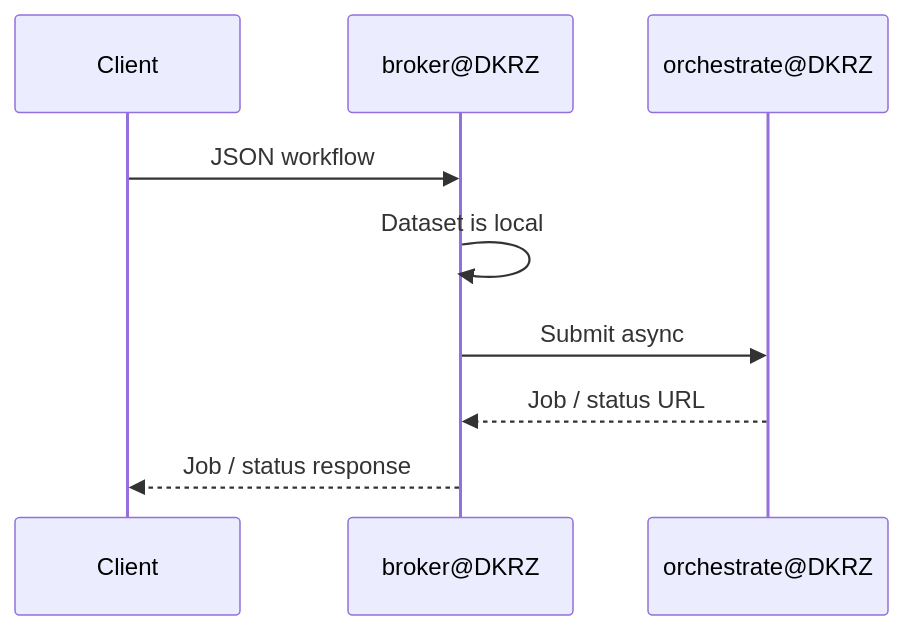
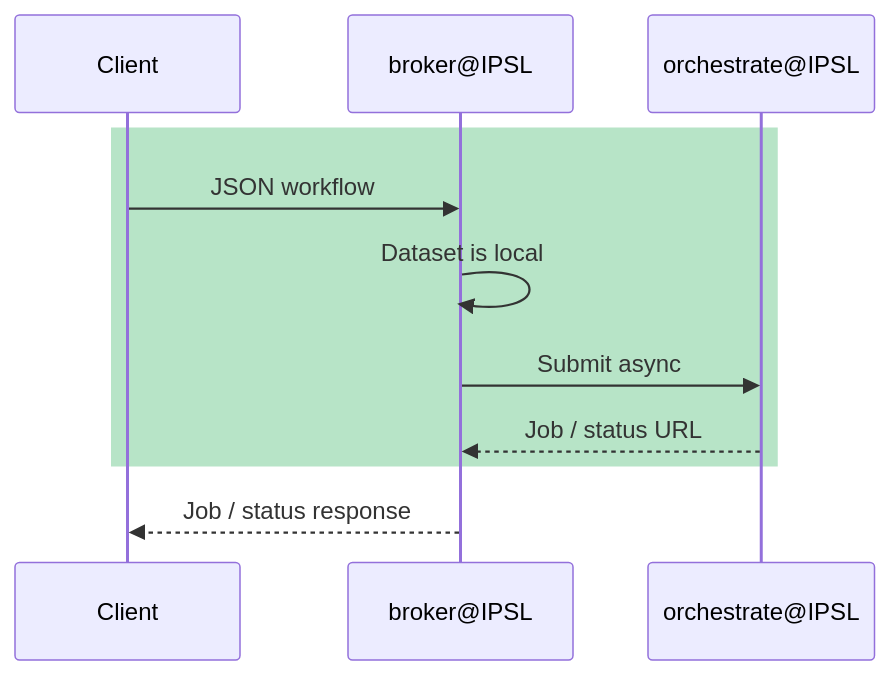
Diagram 14 of 20 in ARCH_ESGF2.md (roocs/rook), drawn with Mermaid before and after one commit. The commit also changed other lines of this file, not shown here.

````diff
--- a/ARCH_ESGF2.md
+++ b/ARCH_ESGF2.md
@@ -465,12 +510,15 @@
 ```mermaid
 sequenceDiagram
     participant C as Client
-    participant B as broker@DKRZ
-    participant O as orchestrate@DKRZ
+    participant B as broker@IPSL
+    participant O as orchestrate@IPSL
 
-    C->>B: JSON workflow
-    B->>B: Dataset is local
-    B->>O: Submit async
-    O-->>B: Job / status URL
+    rect rgb(183, 228, 199)
+        C->>B: JSON workflow
+        B->>B: Dataset is local
+        B->>O: Submit async
+        O-->>B: Job / status URL
+    end
+
     B-->>C: Job / status response
 ```
````
